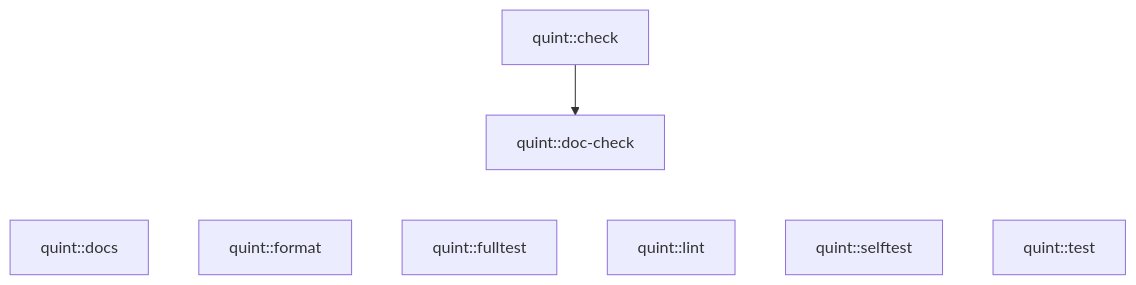
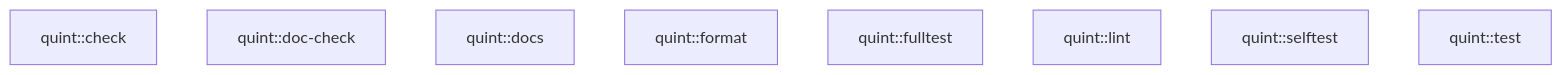
The tenth of 10 diagrams in docs/quality-gates.md (codesam88/picasu), drawn with Mermaid before and after one commit. The commit also changed other lines of this file and 26 other files, not shown here.

````diff
--- a/docs/quality-gates.md
+++ b/docs/quality-gates.md
@@ -315,13 +315,11 @@
 ```mermaid
 graph TD
   quint__check["quint::check"]
   quint__doc-check["quint::doc-check"]
   quint__docs["quint::docs"]
   quint__format["quint::format"]
   quint__fulltest["quint::fulltest"]
   quint__lint["quint::lint"]
   quint__selftest["quint::selftest"]
   quint__test["quint::test"]
-  quint__check --> quint__doc-check
-  quint__doc-check ~~~ quint__docs & quint__format & quint__fulltest & quint__lint & quint__selftest & quint__test
 ```
````
